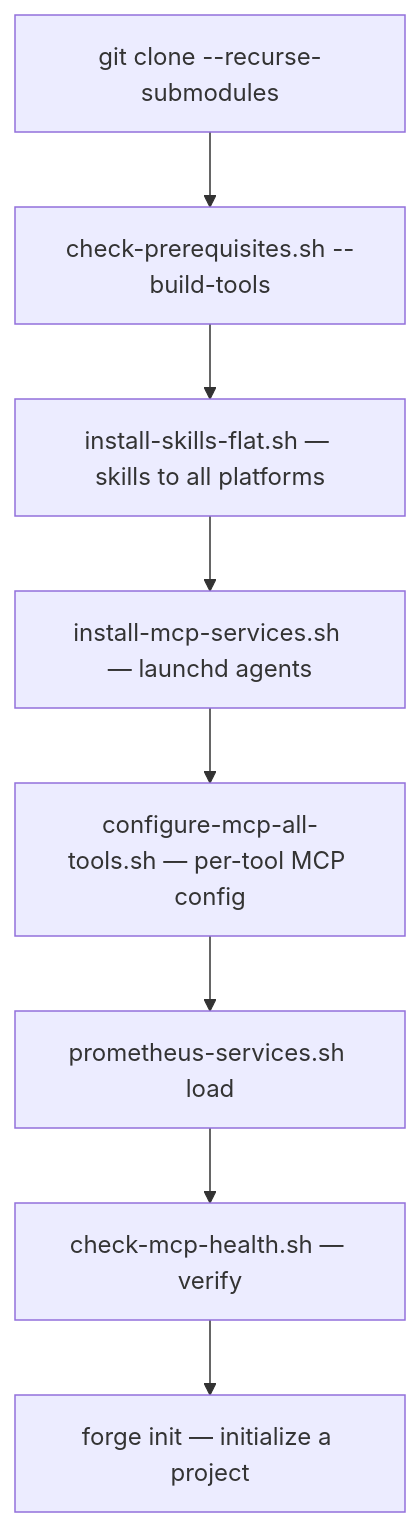
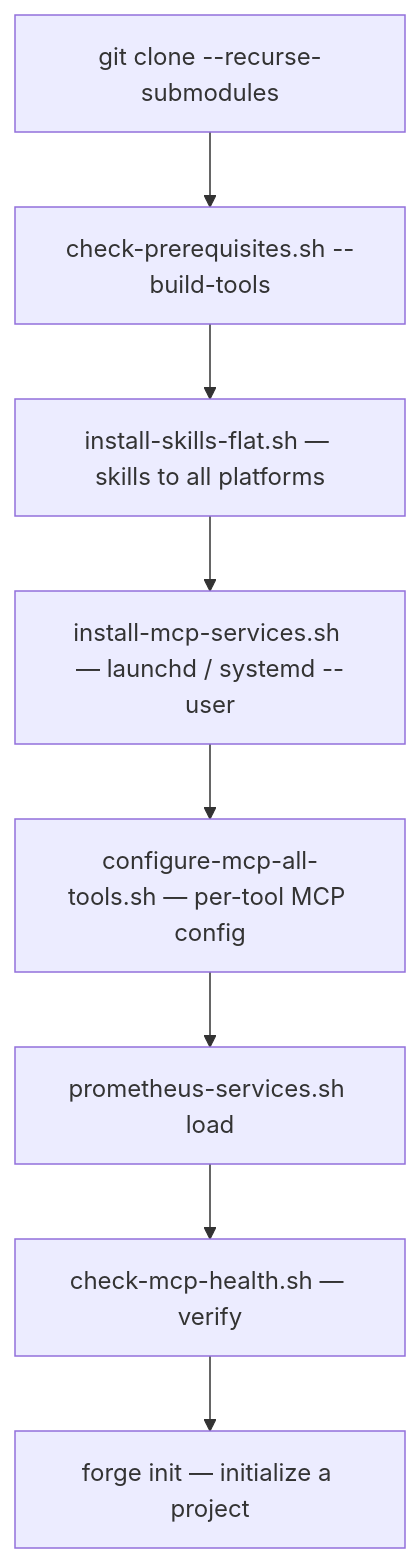
The diagram in docs/guide/19-installation.md (Prometheus-AGS/prometheus-skill-system), drawn with Mermaid before and after one commit. The commit also changed other lines of this file and 13 other files, not shown here.

First line of the commit message:
feat(daemons): turnkey Linux systemd install alongside macOS launchd

````diff
--- a/docs/guide/19-installation.md
+++ b/docs/guide/19-installation.md
@@ -29,10 +29,10 @@
 ```mermaid
 graph TD
     A[git clone --recurse-submodules] --> B[check-prerequisites.sh --build-tools]
     B --> C[install-skills-flat.sh — skills to all platforms]
-    C --> D[install-mcp-services.sh — launchd agents]
+    C --> D[install-mcp-services.sh — launchd / systemd --user]
     D --> E[configure-mcp-all-tools.sh — per-tool MCP config]
     E --> F[prometheus-services.sh load]
     F --> G[check-mcp-health.sh — verify]
     G --> H[forge init — initialize a project]
 ```
````
